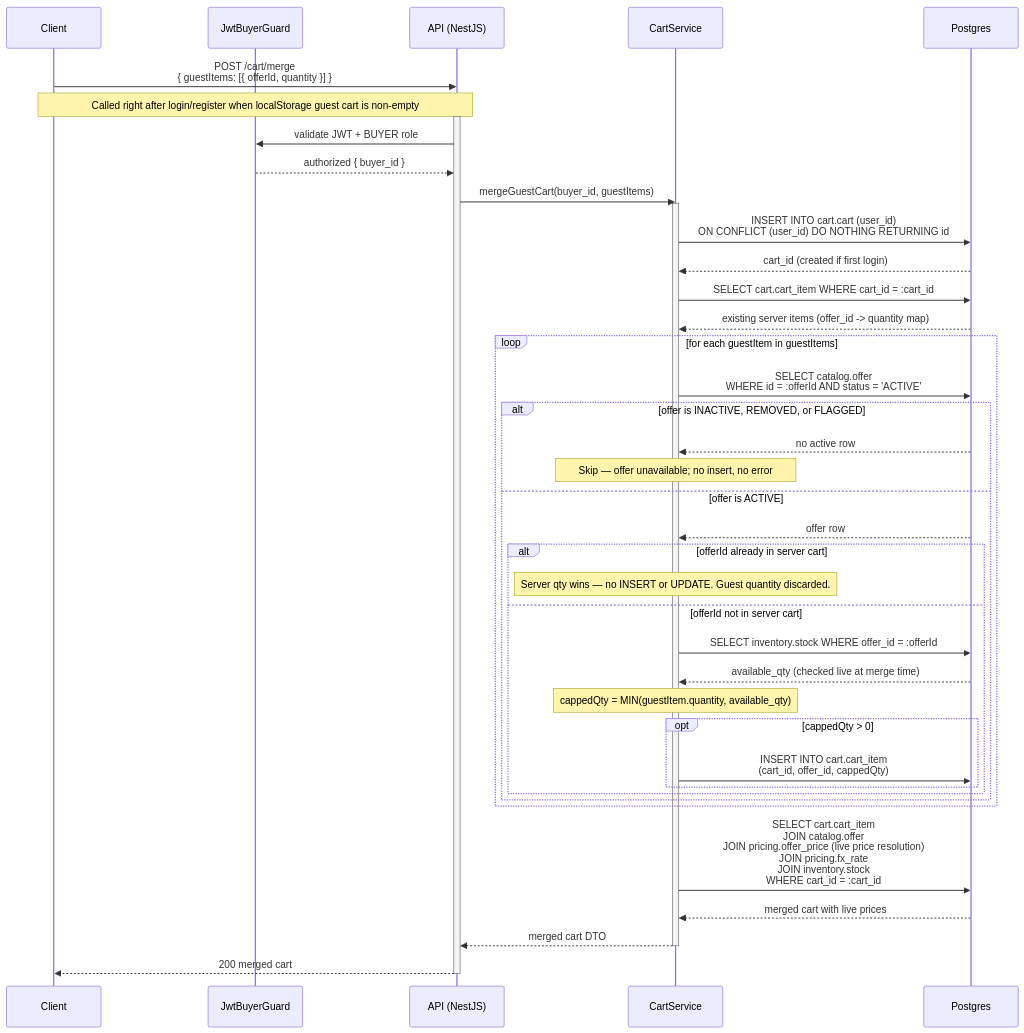
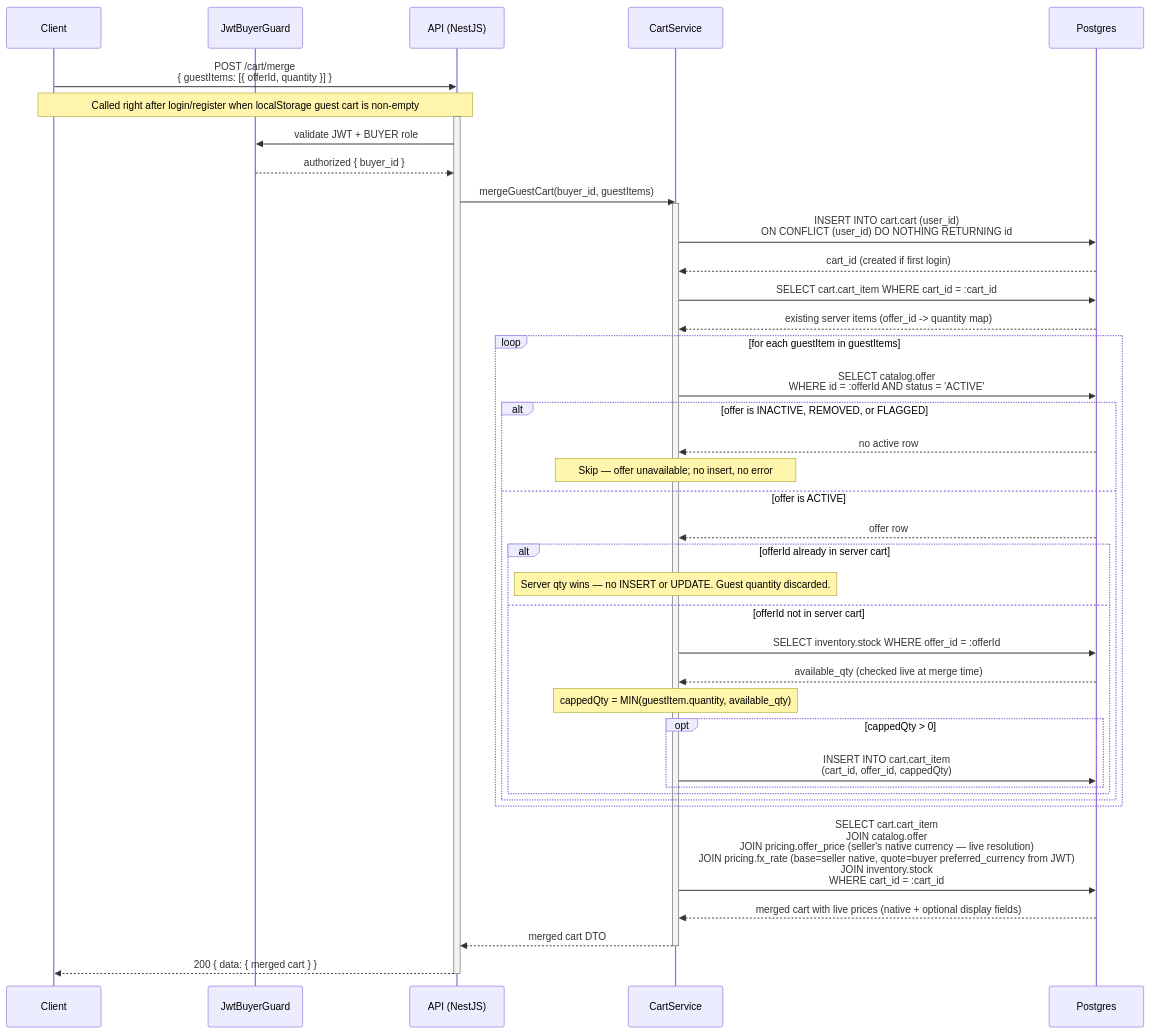
Before and after one commit to alisa-uthi/aliceut-ecom-document: the sixth of 6 diagrams in phase-1/technical-design/api-design/cart.md, drawn with Mermaid. The commit also changed other lines of this file and 22 other files, not shown here.

````diff
--- a/phase-1/technical-design/api-design/cart.md
+++ b/phase-1/technical-design/api-design/cart.md
@@ -318,47 +329,47 @@
 ```mermaid
 sequenceDiagram
     participant C as Client
     participant G as JwtBuyerGuard
     participant A as API (NestJS)
     participant S as CartService
     participant P as Postgres
 
     C->>A: POST /cart/merge<br/>{ guestItems: [{ offerId, quantity }] }
     Note over C,A: Called right after login/register when localStorage guest cart is non-empty
     activate A
     A->>G: validate JWT + BUYER role
     G-->>A: authorized { buyer_id }
     A->>S: mergeGuestCart(buyer_id, guestItems)
     activate S
     S->>P: INSERT INTO cart.cart (user_id)<br/>ON CONFLICT (user_id) DO NOTHING RETURNING id
     P-->>S: cart_id (created if first login)
     S->>P: SELECT cart.cart_item WHERE cart_id = :cart_id
     P-->>S: existing server items (offer_id -> quantity map)
 
     loop for each guestItem in guestItems
         S->>P: SELECT catalog.offer<br/>WHERE id = :offerId AND status = 'ACTIVE'
         alt offer is INACTIVE, REMOVED, or FLAGGED
             P-->>S: no active row
             Note over S: Skip — offer unavailable#59; no insert, no error
         else offer is ACTIVE
             P-->>S: offer row
             alt offerId already in server cart
                 Note over S: Server qty wins — no INSERT or UPDATE. Guest quantity discarded.
             else offerId not in server cart
                 S->>P: SELECT inventory.stock WHERE offer_id = :offerId
                 P-->>S: available_qty (checked live at merge time)
                 Note over S: cappedQty = MIN(guestItem.quantity, available_qty)
                 opt cappedQty > 0
                     S->>P: INSERT INTO cart.cart_item<br/>(cart_id, offer_id, cappedQty)
                 end
             end
         end
     end
 
-    S->>P: SELECT cart.cart_item<br/>JOIN catalog.offer<br/>JOIN pricing.offer_price (live price resolution)<br/>JOIN pricing.fx_rate<br/>JOIN inventory.stock<br/>WHERE cart_id = :cart_id
-    P-->>S: merged cart with live prices
+    S->>P: SELECT cart.cart_item<br/>JOIN catalog.offer<br/>JOIN pricing.offer_price (seller's native currency — live resolution)<br/>JOIN pricing.fx_rate (base=seller native, quote=buyer preferred_currency from JWT)<br/>JOIN inventory.stock<br/>WHERE cart_id = :cart_id
+    P-->>S: merged cart with live prices (native + optional display fields)
     S-->>A: merged cart DTO
     deactivate S
-    A-->>C: 200 merged cart
+    A-->>C: 200 { data: { merged cart } }
     deactivate A
 ```
````
